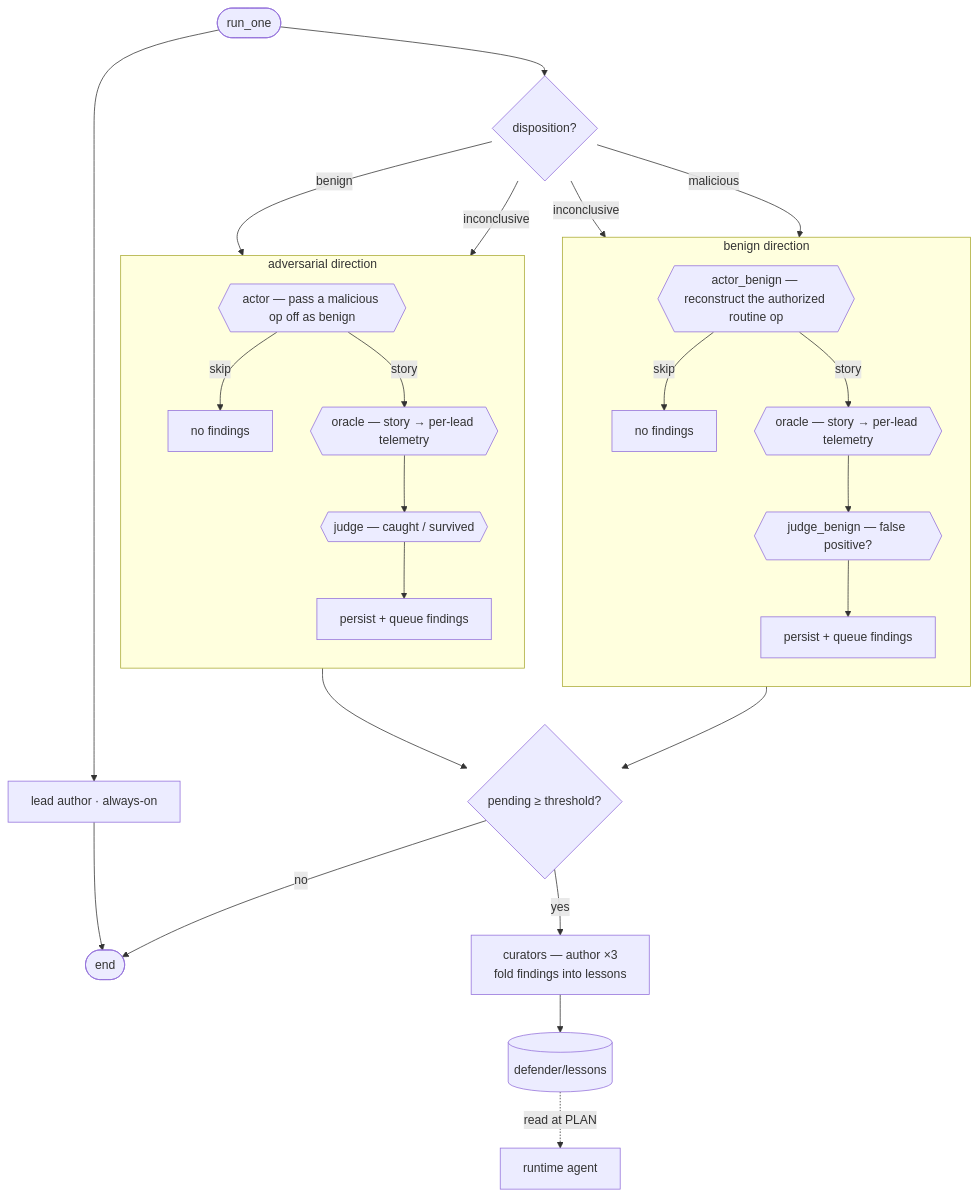
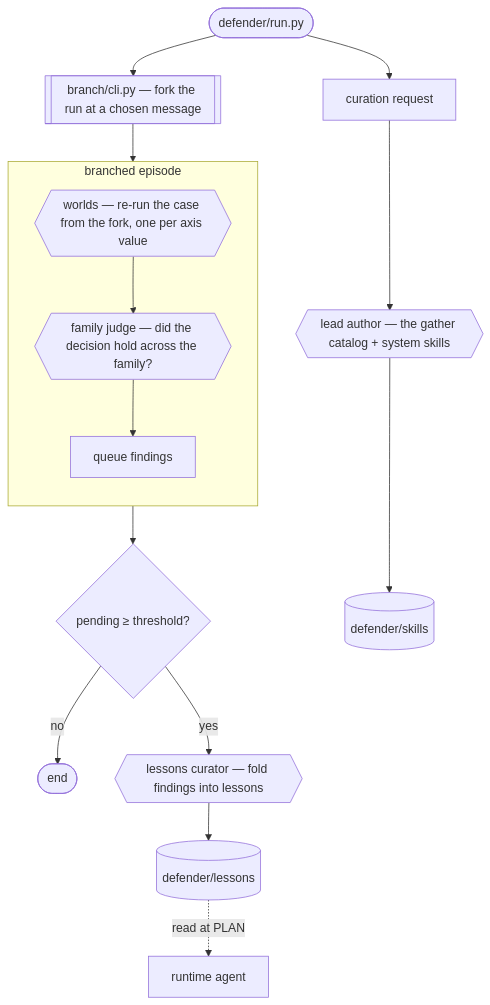
Before and after one commit to beetroot-salad/cyber-response-agent: the second of 2 diagrams in README.md, drawn with Mermaid. The commit also changed other lines of this file and 77 other files, not shown here.

````diff
--- a/README.md
+++ b/README.md
@@ -58,35 +63,22 @@
 ```mermaid
 flowchart TD
-    R([run_one]) --> LA[lead author · always-on]
-    R --> D{disposition?}
-    LA --> E
-    D -->|benign| ADV
-    D -->|inconclusive| ADV
-    D -->|inconclusive| BEN
-    D -->|malicious| BEN
+    R([defender/run.py]) --> Q[curation request]
+    R --> EP[["branch/cli.py — fork the run at a chosen message"]]
 
-    subgraph ADV [adversarial direction]
+    subgraph FAM [branched episode]
       direction TB
-      A1{{"actor — pass a malicious op off as benign"}}
-      A1 -->|skip| AX[no findings]
-      A1 -->|story| AO{{"oracle — story → per-lead telemetry"}}
-      AO --> AJ{{"judge — caught / survived"}}
-      AJ --> APP[persist + queue findings]
+      W{{"worlds — re-run the case from the fork, one per axis value"}}
+      W --> J{{"family judge — did the decision hold across the family?"}}
+      J --> APP[queue findings]
     end
 
-    subgraph BEN [benign direction]
-      direction TB
-      B1{{"actor_benign — reconstruct the authorized routine op"}}
-      B1 -->|skip| BX[no findings]
-      B1 -->|story| BO{{"oracle — story → per-lead telemetry"}}
-      BO --> BJ{{"judge_benign — false positive?"}}
-      BJ --> BPP[persist + queue findings]
-    end
-
-    ADV --> T{pending ≥ threshold?}
-    BEN --> T
+    EP --> FAM
+    APP --> T{pending ≥ threshold?}
     T -->|no| E([end])
-    T -->|yes| CUR["curators — author ×3<br/>fold findings into lessons"]
+    T -->|yes| CUR{{"lessons curator — fold findings into lessons"}}
     CUR --> L[(defender/lessons)]
     L -.->|read at PLAN| RT[runtime agent]
+
+    Q --> LA{{"lead author — the gather catalog + system skills"}}
+    LA --> CAT[(defender/skills)]
 ```
````
